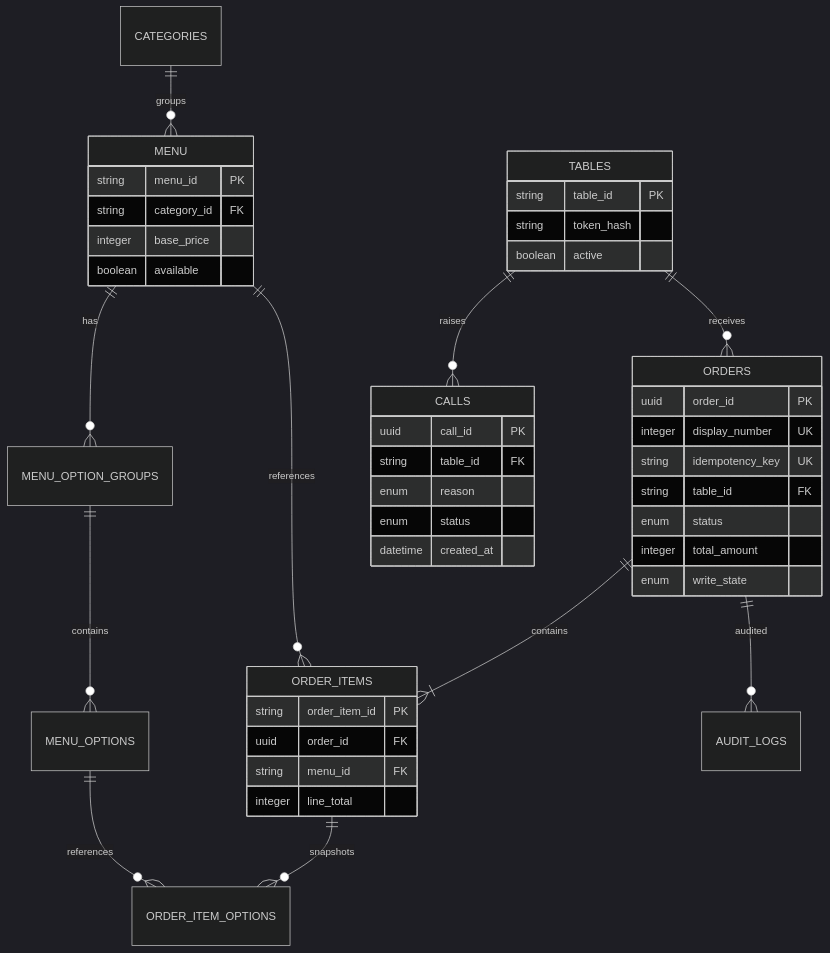
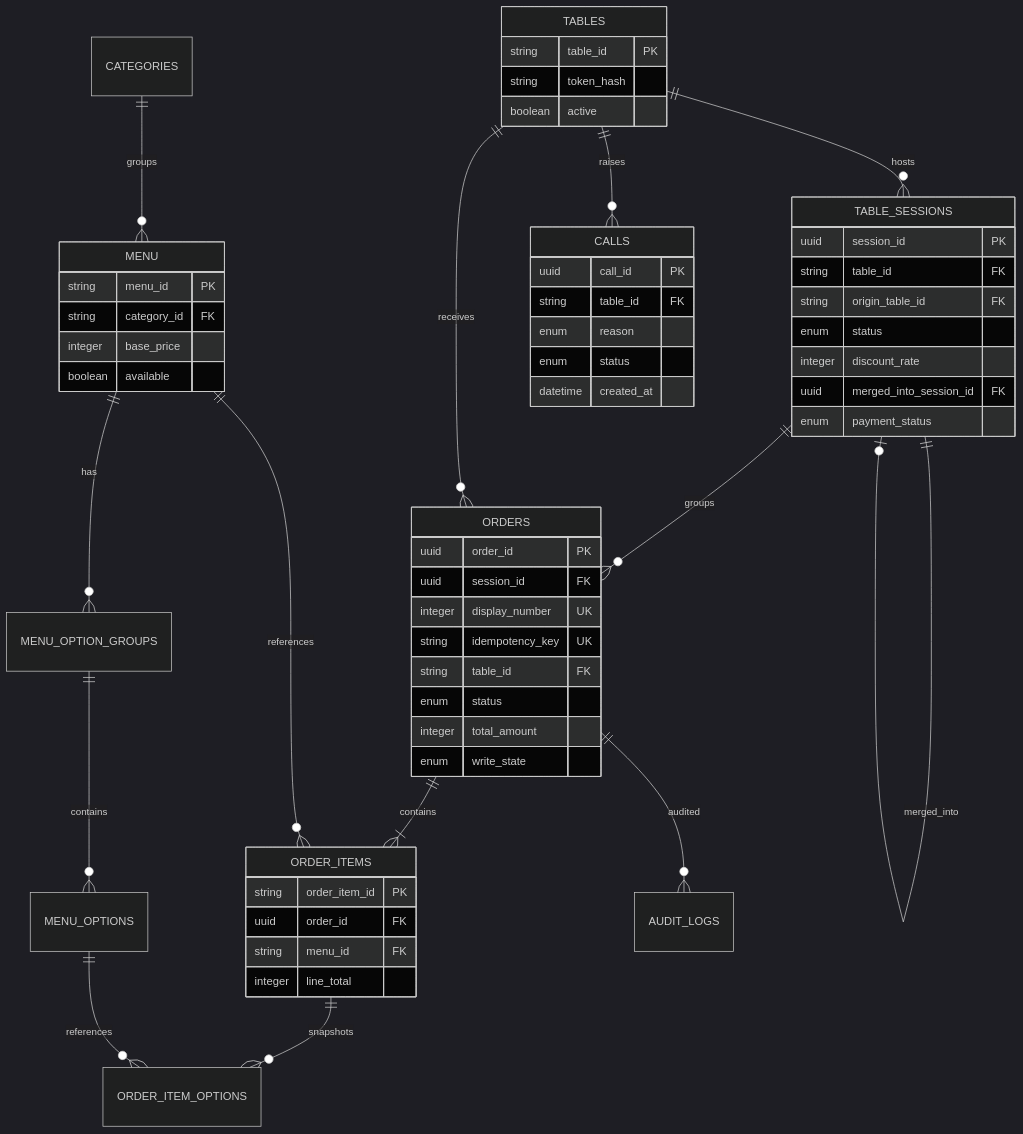
Before and after one commit to Sockbee/qr-order-design: the diagram in docs/qr-order/google-sheets-schema.md, drawn with Mermaid (dark theme). The commit also changed other lines of this file and 1 other file, not shown here.

````diff
--- a/docs/qr-order/google-sheets-schema.md
+++ b/docs/qr-order/google-sheets-schema.md
@@ -38,47 +39,60 @@
 ```mermaid
 erDiagram
+    TABLES ||--o{ TABLE_SESSIONS : hosts
+    TABLE_SESSIONS ||--o{ ORDERS : groups
+    TABLE_SESSIONS ||--o| TABLE_SESSIONS : merged_into
     TABLES ||--o{ ORDERS : receives
     CATEGORIES ||--o{ MENU : groups
     MENU ||--o{ MENU_OPTION_GROUPS : has
     MENU_OPTION_GROUPS ||--o{ MENU_OPTIONS : contains
     ORDERS ||--|{ ORDER_ITEMS : contains
     ORDER_ITEMS ||--o{ ORDER_ITEM_OPTIONS : snapshots
     MENU ||--o{ ORDER_ITEMS : references
     MENU_OPTIONS ||--o{ ORDER_ITEM_OPTIONS : references
     ORDERS ||--o{ AUDIT_LOGS : audited
     TABLES ||--o{ CALLS : raises
 
     TABLES {
       string table_id PK
       string token_hash
       boolean active
     }
     CALLS {
       uuid call_id PK
       string table_id FK
       enum reason
       enum status
       datetime created_at
     }
     MENU {
       string menu_id PK
       string category_id FK
       integer base_price
       boolean available
     }
+    TABLE_SESSIONS {
+      uuid session_id PK
+      string table_id FK
+      string origin_table_id FK
+      enum status
+      integer discount_rate
+      uuid merged_into_session_id FK
+      enum payment_status
+    }
     ORDERS {
       uuid order_id PK
+      uuid session_id FK
       integer display_number UK
       string idempotency_key UK
       string table_id FK
       enum status
       integer total_amount
       enum write_state
     }
     ORDER_ITEMS {
       string order_item_id PK
       uuid order_id FK
       string menu_id FK
       integer line_total
     }
 ```
````
